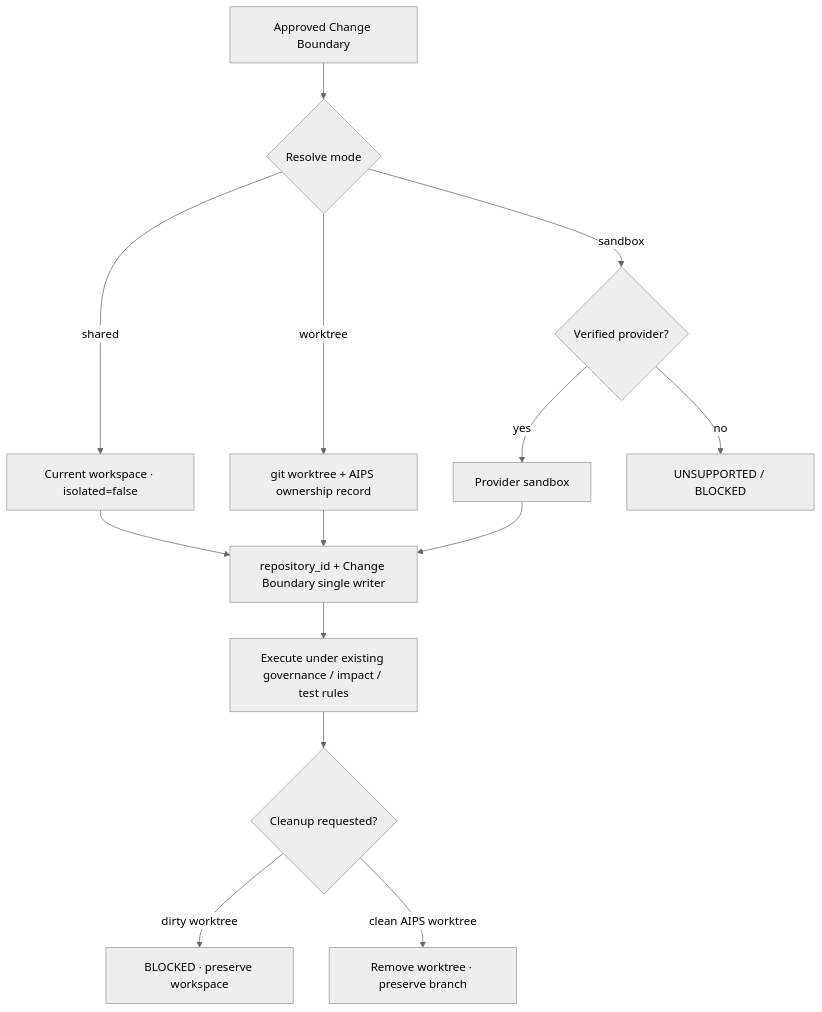
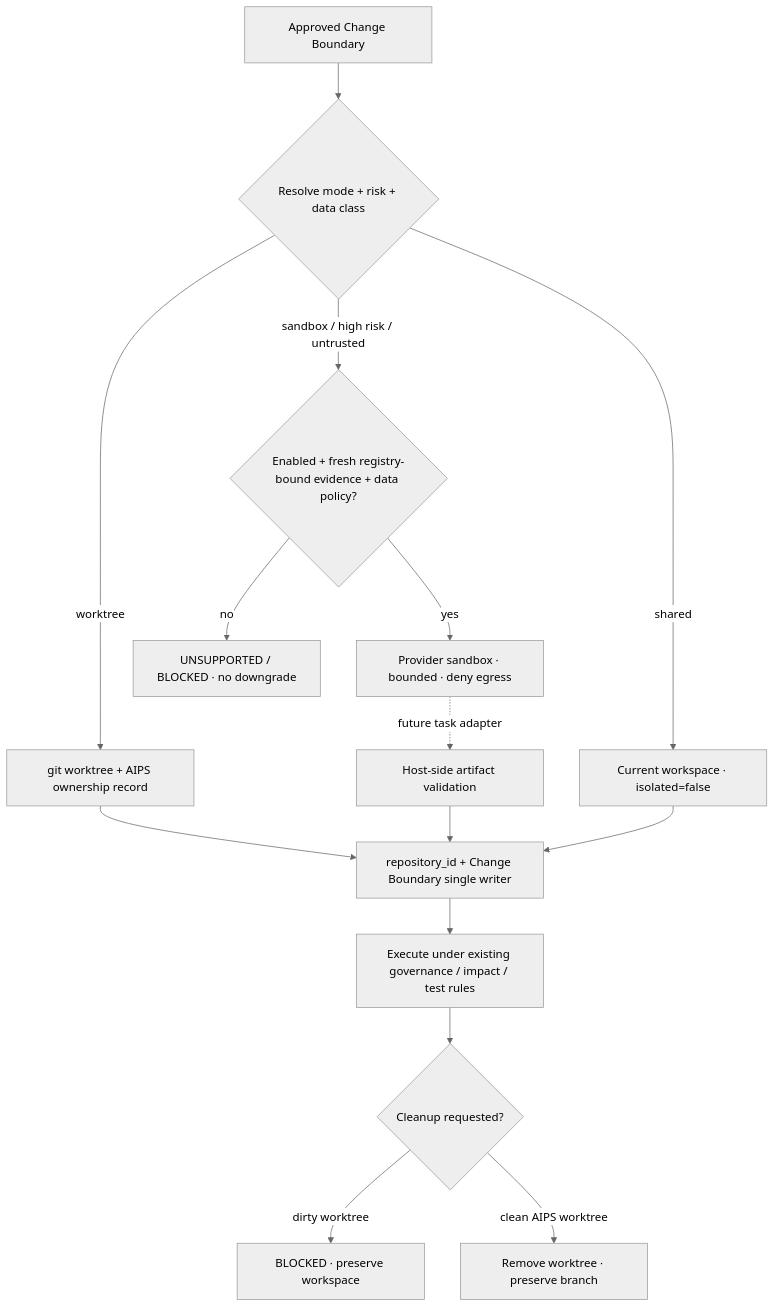
Before and after one commit to LucasLu3918/ai-product-system: diagram 31 of 38 in docs/ARCHITECTURE.md, drawn with Mermaid (neutral theme). The commit also changed 33 other files, not shown here.

Commit message:
feat: add verified sandbox provider foundation

```diff
--- a/docs/ARCHITECTURE.md
+++ b/docs/ARCHITECTURE.md
@@ -722,16 +722,17 @@
 ~~~mermaid
 flowchart TD
-    P[Approved Change Boundary] --> R{Resolve mode}
+    P[Approved Change Boundary] --> R{Resolve mode + risk + data class}
     R -->|shared| SH[Current workspace · isolated=false]
     R -->|worktree| WT[git worktree + AIPS ownership record]
-    R -->|sandbox| SP{Verified provider?}
-    SP -->|yes| SB[Provider sandbox]
-    SP -->|no| B[UNSUPPORTED / BLOCKED]
+    R -->|sandbox / high risk / untrusted| SP{Enabled + fresh registry-bound evidence + data policy?}
+    SP -->|yes| SB[Provider sandbox · bounded · deny egress]
+    SP -->|no| B[UNSUPPORTED / BLOCKED · no downgrade]
     WT --> SW[repository_id + Change Boundary single writer]
-    SB --> SW
+    SB -. future task adapter .-> VAL[Host-side artifact validation]
+    VAL --> SW
     SH --> SW
     SW --> E[Execute under existing governance / impact / test rules]
     E --> C{Cleanup requested?}
     C -->|dirty worktree| K[BLOCKED · preserve workspace]
     C -->|clean AIPS worktree| RM[Remove worktree · preserve branch]
 ~~~
```
